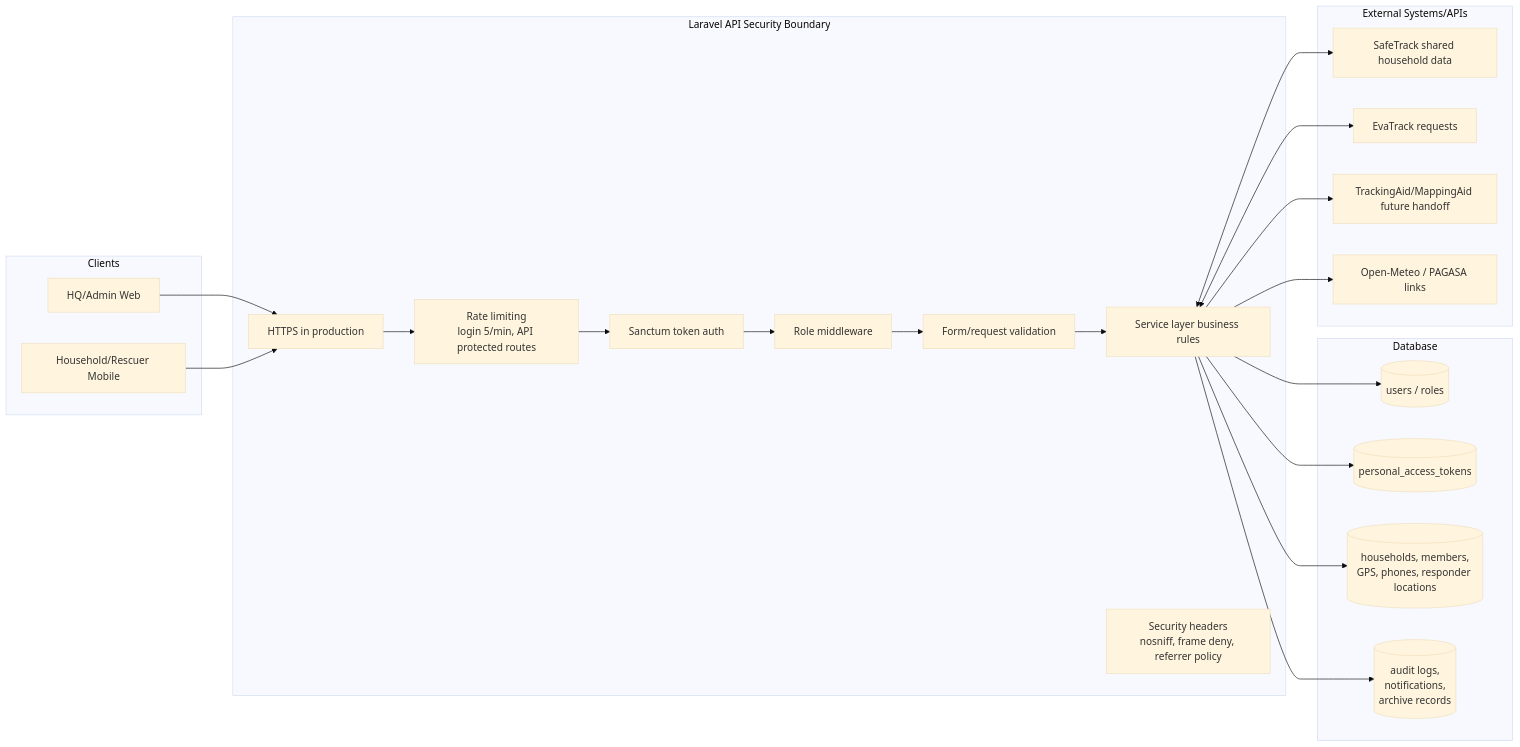
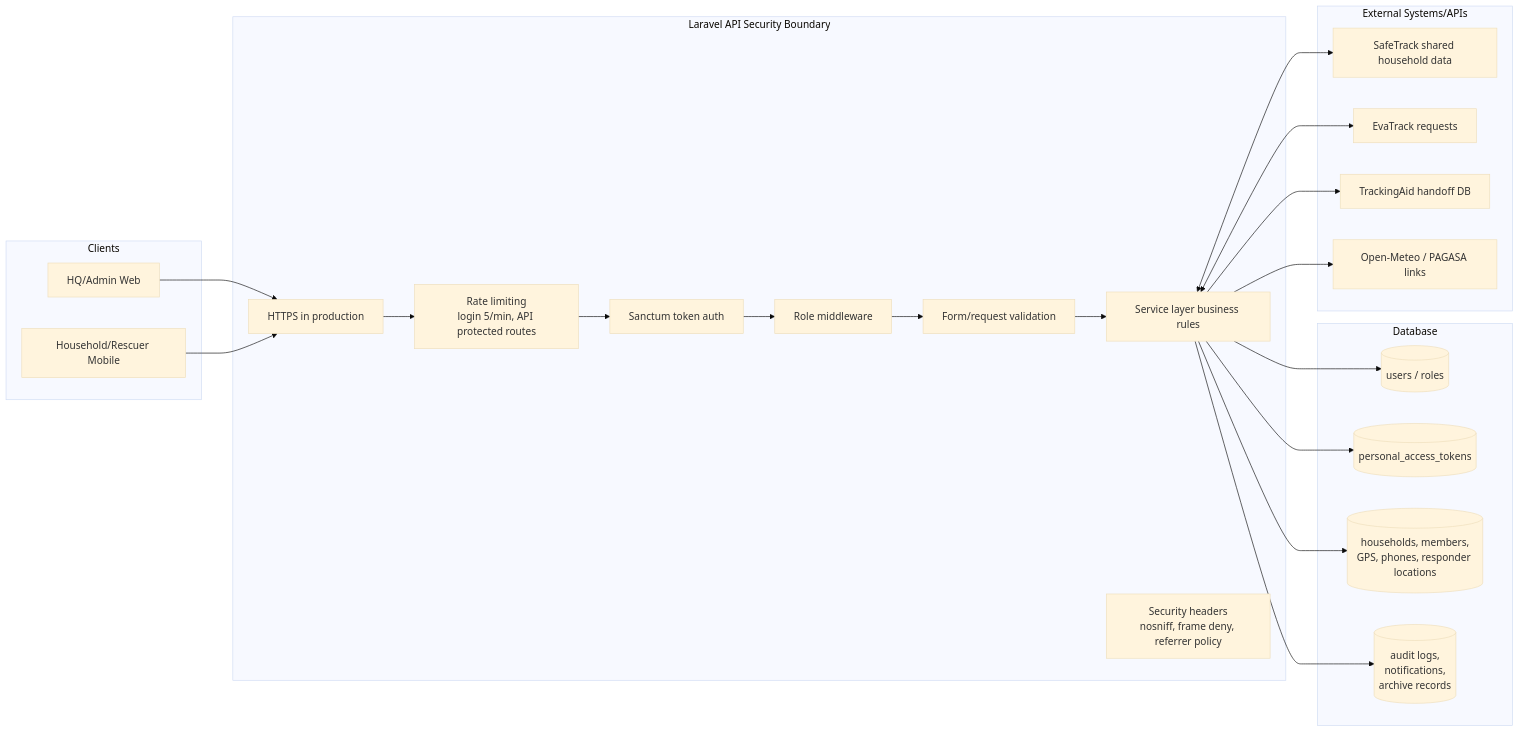
Before and after one commit to pyunpyunn/G10-CAPSTONE: the second of 4 diagrams in docs/diagrams/08_ssdlc_security_privacy.md, drawn with Mermaid (base theme). The commit also changed other lines of this file and 85 other files, not shown here.

````diff
--- a/docs/diagrams/08_ssdlc_security_privacy.md
+++ b/docs/diagrams/08_ssdlc_security_privacy.md
@@ -57,43 +57,43 @@
 ```mermaid
 flowchart LR
   subgraph Clients["Clients"]
     Web["HQ/Admin Web"]
     Mobile["Household/Rescuer Mobile"]
   end
 
   subgraph API["Laravel API Security Boundary"]
     HTTPS["HTTPS in production"]
     Throttle["Rate limiting\nlogin 5/min, API protected routes"]
     Auth["Sanctum token auth"]
     Role["Role middleware"]
     Validation["Form/request validation"]
     Services["Service layer business rules"]
     Headers["Security headers\nnosniff, frame deny, referrer policy"]
   end
 
   subgraph Database["Database"]
     Users[("users / roles")]
     Tokens[("personal_access_tokens")]
     Sensitive[("households, members,\nGPS, phones, responder locations")]
     Audit[("audit logs,\nnotifications,\narchive records")]
   end
 
   subgraph External["External Systems/APIs"]
     SafeTrack["SafeTrack shared household data"]
     EvaTrack["EvaTrack requests"]
-    TrackingAid["TrackingAid/MappingAid future handoff"]
+    TrackingAid["TrackingAid handoff DB"]
     Weather["Open-Meteo / PAGASA links"]
   end
 
   Web --> HTTPS
   Mobile --> HTTPS
   HTTPS --> Throttle --> Auth --> Role --> Validation --> Services
   Services --> Users
   Services --> Tokens
   Services --> Sensitive
   Services --> Audit
   Services <--> SafeTrack
   Services <--> EvaTrack
   Services --> TrackingAid
   Services --> Weather
 ```
````
